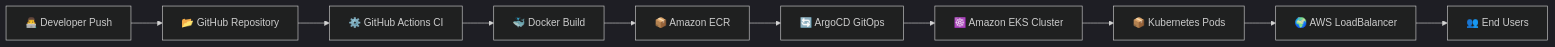
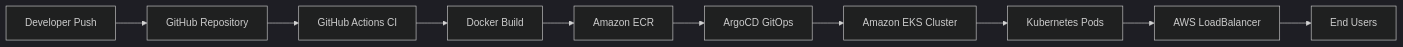
Before and after one commit to zakyaakram/CloudDevOpsProject: the first of 3 diagrams in README.md, drawn with Mermaid. The commit also changed other lines of this file, not shown here.

````diff
--- a/README.md
+++ b/README.md
@@ -81,22 +81,22 @@
 ```mermaid
 %%{init: {'theme':'dark'}}%%
 flowchart LR
 
-A[👨‍💻 Developer Push] --> B[📂 GitHub Repository]
+A[ Developer Push] --> B[ GitHub Repository]
 
-B --> C[⚙️ GitHub Actions CI]
+B --> C[ GitHub Actions CI]
 
-C --> D[🐳 Docker Build]
+C --> D[ Docker Build]
 
-D --> E[📦 Amazon ECR]
+D --> E[ Amazon ECR]
 
-E --> F[🔄 ArgoCD GitOps]
+E --> F[ ArgoCD GitOps]
 
-F --> G[☸️ Amazon EKS Cluster]
+F --> G[ Amazon EKS Cluster]
 
-G --> H[📦 Kubernetes Pods]
+G --> H[Kubernetes Pods]
 
-H --> I[🌍 AWS LoadBalancer]
+H --> I[ AWS LoadBalancer]
 
-I --> J[👥 End Users]
+I --> J[ End Users]
 ```
````
